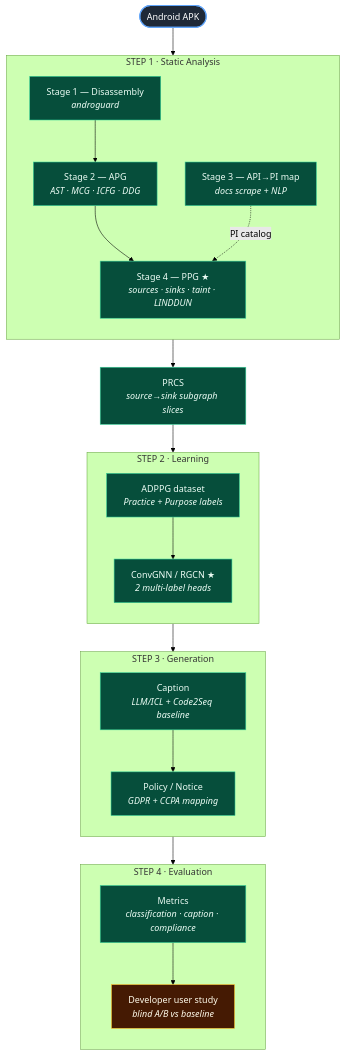
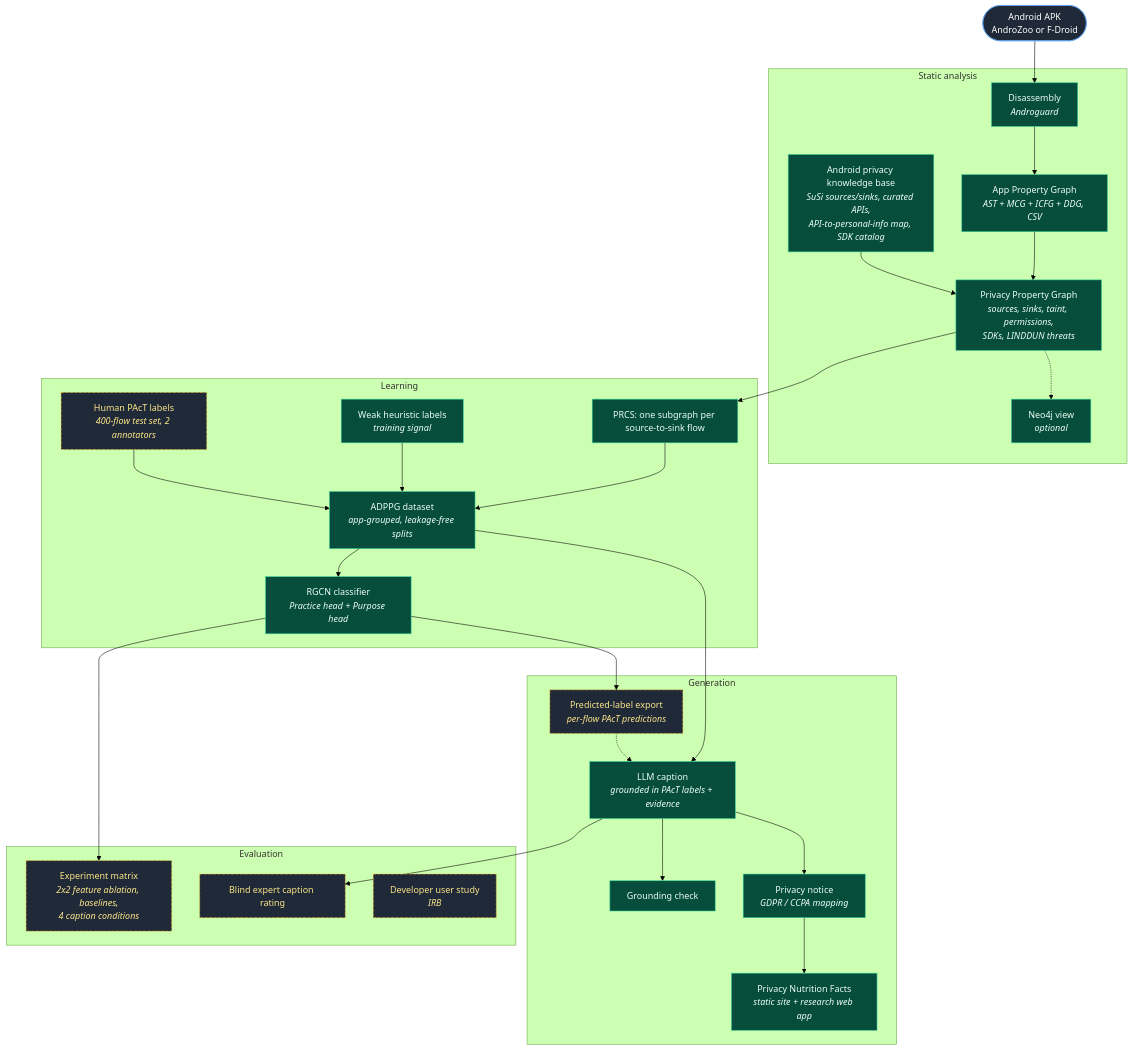
The second of 2 diagrams in README.md (navong-umd/Privacy-Caption-Generation-Project), drawn with Mermaid (forest theme) before and after one commit. The commit also changed other lines of this file and 1 other file, not shown here.

````diff
--- a/README.md
+++ b/README.md
@@ -28,44 +29,42 @@
 ```mermaid
 flowchart TD
-    APK([Android APK]):::input --> S1
+    APK([Android APK<br/>AndroZoo or F-Droid]):::input --> DIS
 
-    subgraph STEP1["STEP 1 · Static Analysis"]
-        direction TB
-        S1["Stage 1 — Disassembly<br/><i>androguard</i>"]:::done
-        S2["Stage 2 — APG<br/><i>AST · MCG · ICFG · DDG</i>"]:::done
-        S3["Stage 3 — API→PI map<br/><i>docs scrape + NLP</i>"]:::done
-        S4["Stage 4 — PPG ★<br/><i>sources · sinks · taint · LINDDUN</i>"]:::done
-        S1 --> S2 --> S4
-        S3 -. PI catalog .-> S4
+    subgraph S1["Static analysis"]
+        DIS["Disassembly<br/><i>Androguard</i>"]:::done --> APG["App Property Graph<br/><i>AST + MCG + ICFG + DDG, CSV</i>"]:::done
+        KB["Android privacy knowledge base<br/><i>SuSi sources/sinks, curated APIs,<br/>API-to-personal-info map, SDK catalog</i>"]:::done
+        APG --> PPG["Privacy Property Graph<br/><i>sources, sinks, taint, permissions,<br/>SDKs, LINDDUN threats</i>"]:::done
+        KB --> PPG
+        PPG -.-> NEO["Neo4j view<br/><i>optional</i>"]:::done
     end
 
-    S4 --> PRCS["PRCS<br/><i>source→sink subgraph slices</i>"]:::done
+    PPG --> PRCS["PRCS: one subgraph per source-to-sink flow"]:::done
 
-    subgraph STEP2["STEP 2 · Learning"]
-        direction TB
-        ADPPG["ADPPG dataset<br/><i>Practice + Purpose labels</i>"]:::done
-        GNN["ConvGNN / RGCN ★<br/><i>2 multi-label heads</i>"]:::done
-        ADPPG --> GNN
+    subgraph S2["Learning"]
+        PRCS --> DS["ADPPG dataset<br/><i>app-grouped, leakage-free splits</i>"]:::done
+        WEAK["Weak heuristic labels<br/><i>training signal</i>"]:::done --> DS
+        HUMAN["Human PAcT labels<br/><i>400-flow test set, 2 annotators</i>"]:::planned --> DS
+        DS --> RGCN["RGCN classifier<br/><i>Practice head + Purpose head</i>"]:::done
     end
-    PRCS --> ADPPG
 
-    subgraph STEP3["STEP 3 · Generation"]
-        direction TB
-        CAP["Caption<br/><i>LLM/ICL + Code2Seq baseline</i>"]:::done
-        POL["Policy / Notice<br/><i>GDPR + CCPA mapping</i>"]:::done
-        CAP --> POL
+    subgraph S3["Generation"]
+        RGCN --> PRED["Predicted-label export<br/><i>per-flow PAcT predictions</i>"]:::planned
+        DS --> CAP["LLM caption<br/><i>grounded in PAcT labels + evidence</i>"]:::done
+        PRED -.-> CAP
+        CAP --> GRD["Grounding check"]:::done
+        CAP --> POL["Privacy notice<br/><i>GDPR / CCPA mapping</i>"]:::done
+        POL --> NUT["Privacy Nutrition Facts<br/><i>static site + research web app</i>"]:::done
     end
-    GNN --> CAP
 
-    subgraph STEP4["STEP 4 · Evaluation"]
-        direction TB
-        EVAL["Metrics<br/><i>classification · caption · compliance</i>"]:::done
-        STUDY["Developer user study<br/><i>blind A/B vs baseline</i>"]:::gate
-        EVAL --> STUDY
+    subgraph S4["Evaluation"]
+        MATRIX["Experiment matrix<br/><i>2x2 feature ablation, baselines,<br/>4 caption conditions</i>"]:::planned
+        RATE["Blind expert caption rating"]:::planned
+        STUDY["Developer user study<br/><i>IRB</i>"]:::planned
     end
-    POL --> EVAL
+    RGCN --> MATRIX
+    CAP --> RATE
 
-    classDef input fill:#1f2937,stroke:#60a5fa,color:#fff,stroke-width:2px;
+    classDef input fill:#1f2937,stroke:#60a5fa,color:#fff;
     classDef done fill:#064e3b,stroke:#34d399,color:#ecfdf5;
-    classDef gate fill:#451a03,stroke:#fbbf24,color:#fffbeb;
+    classDef planned fill:#1f2937,stroke:#fbbf24,color:#fde68a,stroke-dasharray:5 3;
 ```
````
